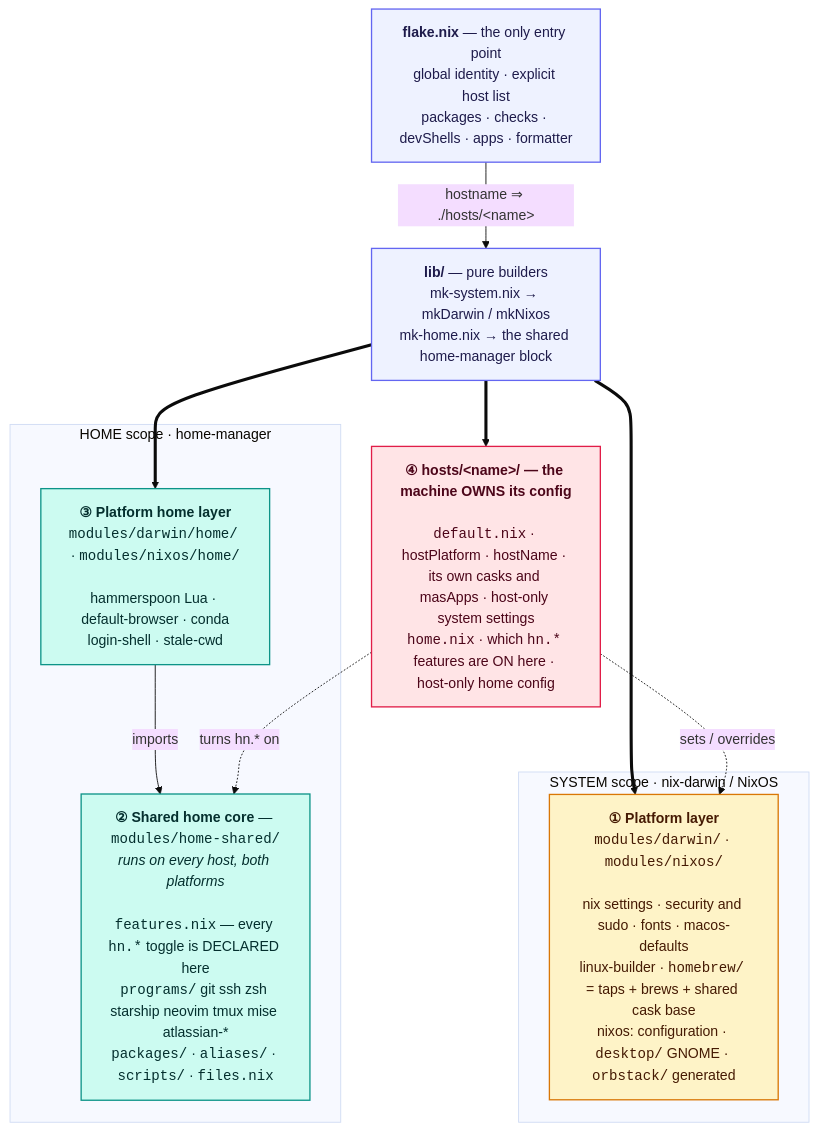
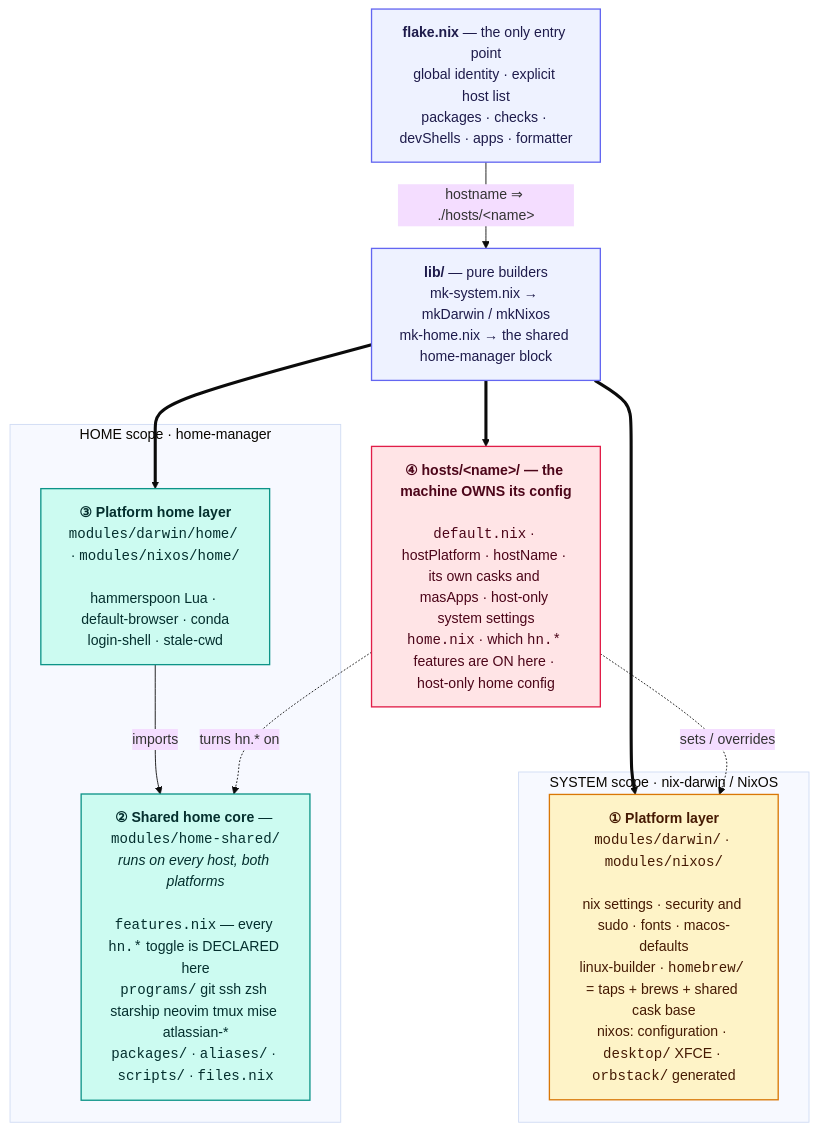
The first of 3 diagrams in README.md (hahunavth/nix-config), drawn with Mermaid (base theme) before and after one commit. The commit also changed other lines of this file and 11 other files, not shown here.

````diff
--- a/README.md
+++ b/README.md
@@ -31,33 +31,33 @@
 ```mermaid
 flowchart TB
   F["<b>flake.nix</b> — the only entry point<br/>global identity · explicit host list<br/>packages · checks · devShells · apps · formatter"]
   MS["<b>lib/</b> — pure builders<br/>mk-system.nix → mkDarwin / mkNixos<br/>mk-home.nix → the shared home-manager block"]
   F -->|"hostname ⇒ ./hosts/&lt;name&gt;"| MS
 
   subgraph sys["SYSTEM scope · nix-darwin / NixOS"]
-    P1["<b>① Platform layer</b><br/><code>modules/darwin/</code> · <code>modules/nixos/</code><br/><br/>nix settings · security and sudo · fonts · macos-defaults<br/>linux-builder · <code>homebrew/</code> = taps + brews + shared cask base<br/>nixos: configuration · <code>desktop/</code> GNOME · <code>orbstack/</code> generated"]
+    P1["<b>① Platform layer</b><br/><code>modules/darwin/</code> · <code>modules/nixos/</code><br/><br/>nix settings · security and sudo · fonts · macos-defaults<br/>linux-builder · <code>homebrew/</code> = taps + brews + shared cask base<br/>nixos: configuration · <code>desktop/</code> XFCE · <code>orbstack/</code> generated"]
   end
 
   subgraph home["HOME scope · home-manager"]
     P3["<b>③ Platform home layer</b><br/><code>modules/darwin/home/</code> · <code>modules/nixos/home/</code><br/><br/>hammerspoon Lua · default-browser · conda<br/>login-shell · stale-cwd"]
     P2["<b>② Shared home core</b> — <code>modules/home-shared/</code><br/><i>runs on every host, both platforms</i><br/><br/><code>features.nix</code> — every <code>hn.*</code> toggle is DECLARED here<br/><code>programs/</code> git ssh zsh starship neovim tmux mise atlassian-*<br/><code>packages/</code> · <code>aliases/</code> · <code>scripts/</code> · <code>files.nix</code>"]
     P3 -->|imports| P2
   end
 
   H["<b>④ hosts/&lt;name&gt;/ — the machine OWNS its config</b><br/><br/><code>default.nix</code> · hostPlatform · hostName · its own casks and masApps · host-only system settings<br/><code>home.nix</code> · which <code>hn.*</code> features are ON here · host-only home config"]
 
   MS ==> P1
   MS ==> P3
   MS ==> H
   H -.->|"sets / overrides"| P1
   H -.->|"turns hn.* on"| P2
 
   classDef l0 fill:#eef2ff,stroke:#6366f1,stroke-width:1.5px,color:#1e1b4b
   classDef l1 fill:#fef3c7,stroke:#d97706,stroke-width:1.5px,color:#451a03
   classDef l2 fill:#ccfbf1,stroke:#0d9488,stroke-width:1.5px,color:#042f2e
   classDef l3 fill:#ffe4e6,stroke:#e11d48,stroke-width:1.5px,color:#4c0519
   class F,MS l0
   class P1 l1
   class P2,P3 l2
   class H l3
 ```
````
